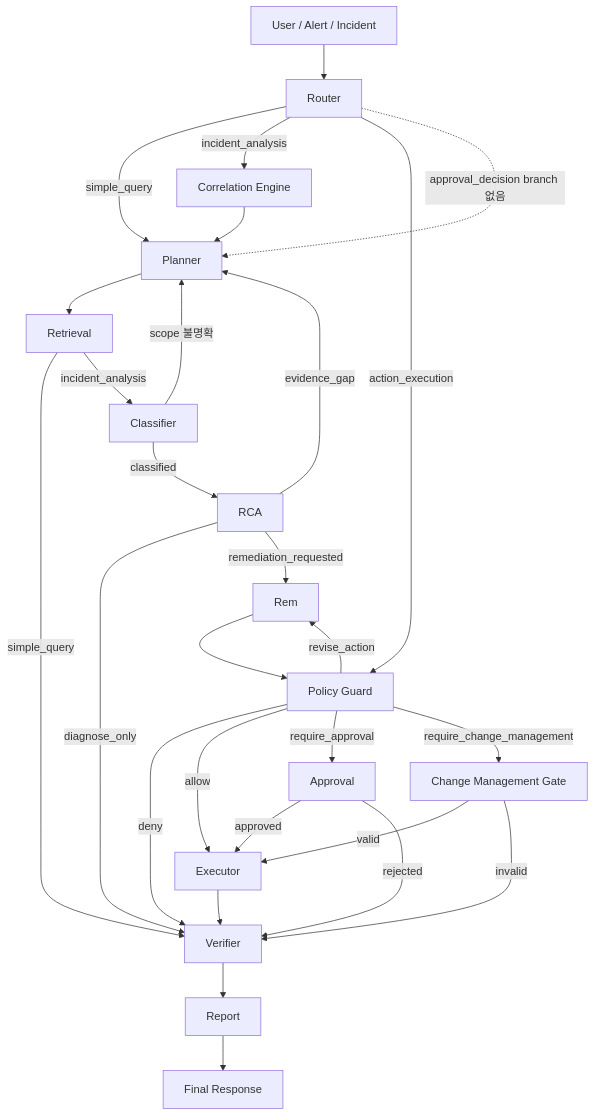
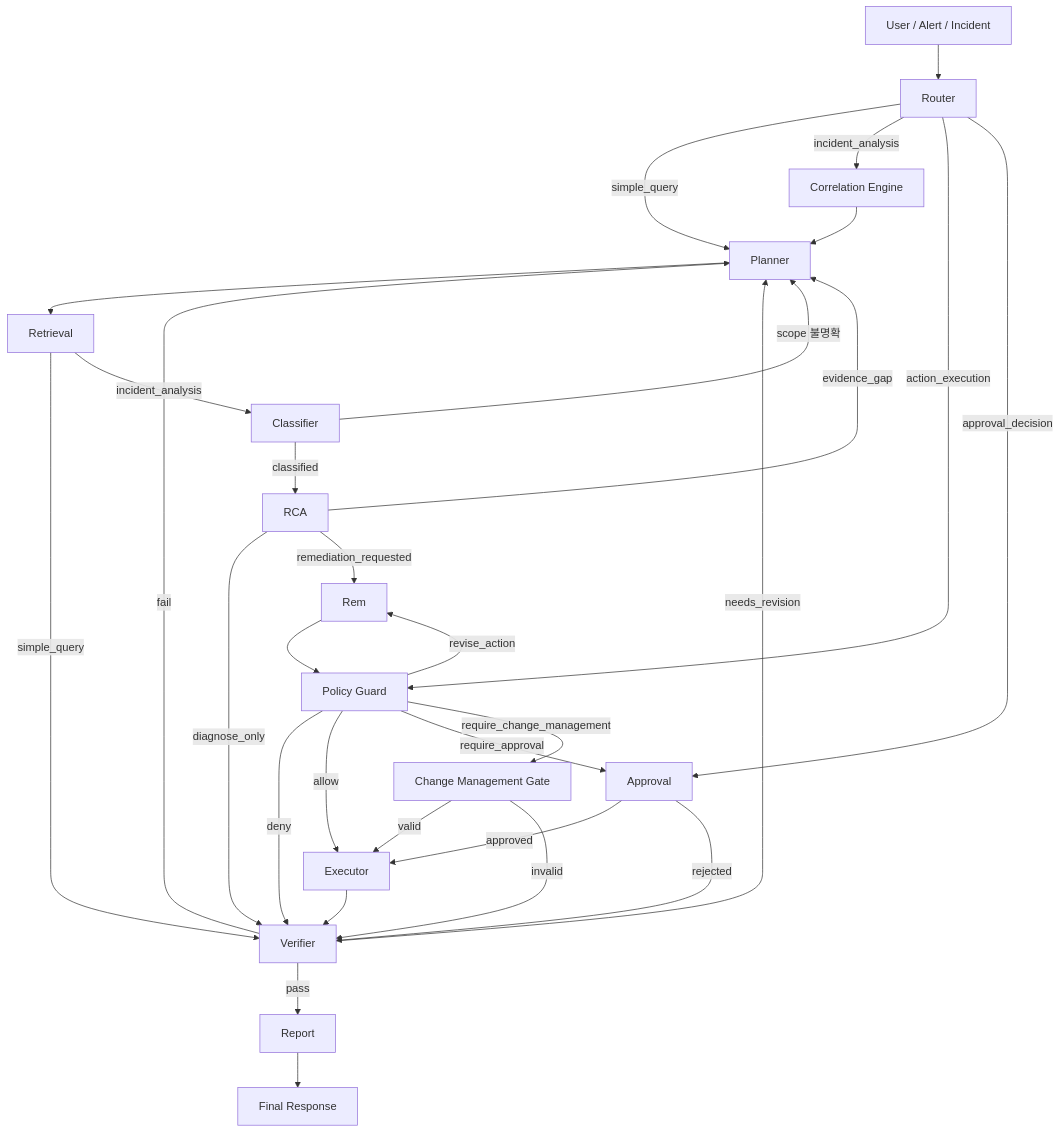
Before and after one commit to cloud-team2/bifrost: the diagram in docs/design/backend-fastapi/contract/contract-workflow-control.md, drawn with Mermaid. The commit also changed other lines of this file and 6 other files, not shown here.

````diff
--- a/docs/design/backend-fastapi/contract/contract-workflow-control.md
+++ b/docs/design/backend-fastapi/contract/contract-workflow-control.md
@@ -46,35 +46,37 @@
 ```mermaid
 flowchart TD
     In[User / Alert / Incident] --> R[Router]
 
     R -->|simple_query| P[Planner]
     R -->|incident_analysis| Corr[Correlation Engine]
     R -->|action_execution| Guard[Policy Guard]
-    R -.approval_decision branch 없음.-> P
+    R -->|approval_decision| Approval
 
     Corr --> P
     P --> Ret[Retrieval]
     Ret -->|simple_query| V[Verifier]
     Ret -->|incident_analysis| C[Classifier]
     C -->|scope 불명확| P
     C -->|classified| RCA[RCA]
 
     RCA -->|evidence_gap| P
     RCA -->|diagnose_only| V
     RCA -->|remediation_requested| Rem
     Rem --> Guard[Policy Guard]
     Guard -->|revise_action| Rem
     Guard -->|deny| V
     Guard -->|allow| Exec[Executor]
     Guard -->|require_approval| Approval
     Guard -->|require_change_management| Change[Change Management Gate]
 
     Approval -->|approved| Exec
     Approval -->|rejected| V
     Change -->|valid| Exec
     Change -->|invalid| V
     Exec --> V
 
-    V --> Report[Report]
+    V -->|pass| Report[Report]
+    V -->|fail| P
+    V -->|needs_revision| P
     Report --> Out[Final Response]
 ```
````
